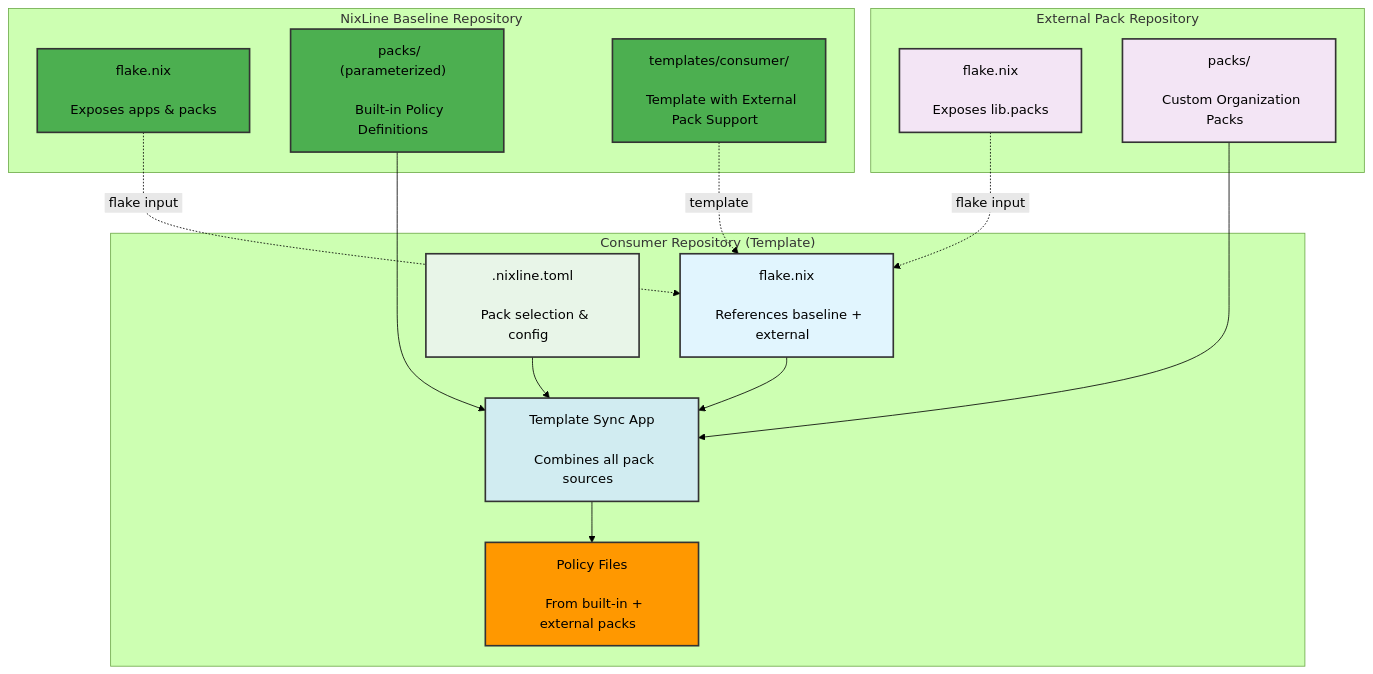
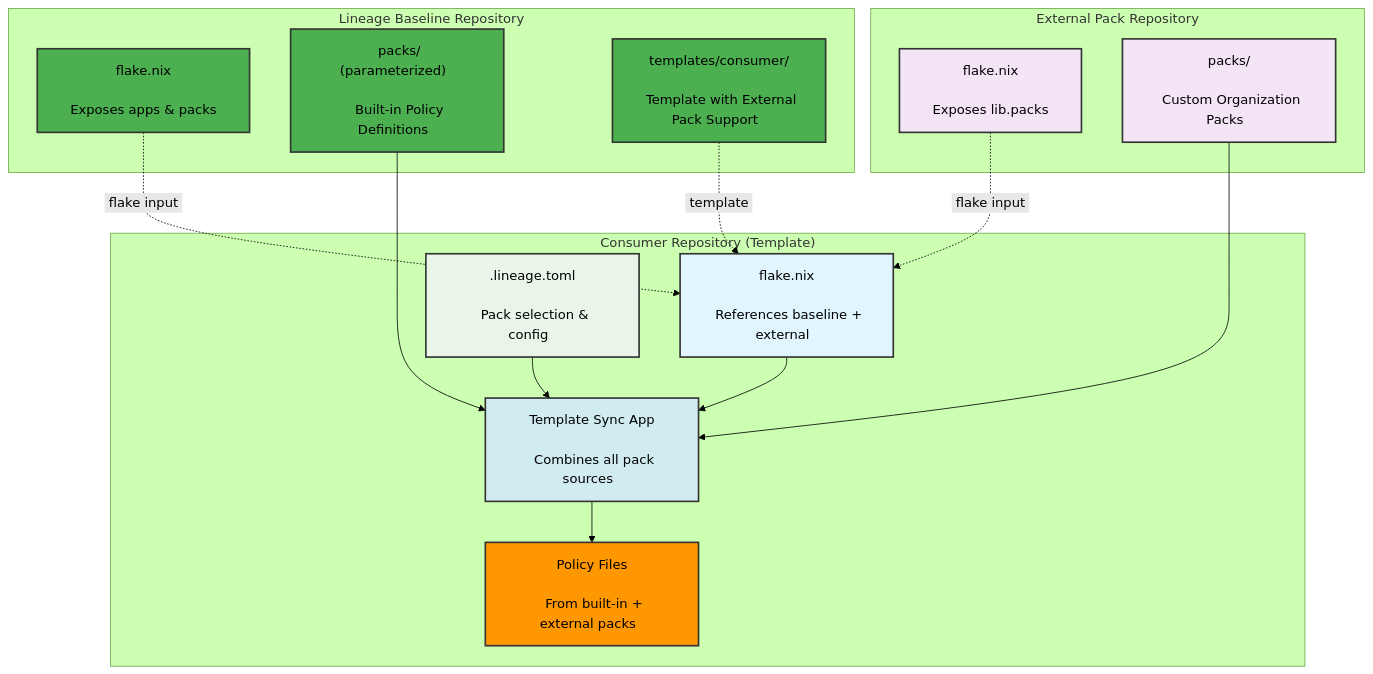
Before and after one commit to NixLine-org/nixline-baseline: the fifth of 11 diagrams in README.md, drawn with Mermaid (forest theme). The commit also changed other lines of this file and 51 other files, not shown here.

First line of the commit message:
Rename NixLine to Lineage

````diff
--- a/README.md
+++ b/README.md
@@ -343,40 +345,40 @@
 ```mermaid
 graph TD
-    subgraph baseline["&nbsp;&nbsp;&nbsp;&nbsp;NixLine Baseline Repository&nbsp;&nbsp;&nbsp;&nbsp;"]
+    subgraph baseline["&nbsp;&nbsp;&nbsp;&nbsp;Lineage Baseline Repository&nbsp;&nbsp;&nbsp;&nbsp;"]
         B1["&nbsp;&nbsp;flake.nix&nbsp;&nbsp;<br/>&nbsp;<br/>&nbsp;&nbsp;Exposes apps & packs&nbsp;&nbsp;"]
         B2["&nbsp;&nbsp;packs/ (parameterized)&nbsp;&nbsp;<br/>&nbsp;<br/>&nbsp;&nbsp;Built-in Policy Definitions&nbsp;&nbsp;"]
         B3["&nbsp;&nbsp;templates/consumer/&nbsp;&nbsp;<br/>&nbsp;<br/>&nbsp;&nbsp;Template with External Pack Support&nbsp;&nbsp;"]
     end
 
     subgraph external["&nbsp;&nbsp;&nbsp;&nbsp;External Pack Repository&nbsp;&nbsp;&nbsp;&nbsp;"]
         E1["&nbsp;&nbsp;flake.nix&nbsp;&nbsp;<br/>&nbsp;<br/>&nbsp;&nbsp;Exposes lib.packs&nbsp;&nbsp;"]
         E2["&nbsp;&nbsp;packs/&nbsp;&nbsp;<br/>&nbsp;<br/>&nbsp;&nbsp;Custom Organization Packs&nbsp;&nbsp;"]
     end
 
     subgraph consumer["&nbsp;&nbsp;&nbsp;&nbsp;Consumer Repository (Template)&nbsp;&nbsp;&nbsp;&nbsp;"]
         C1["&nbsp;&nbsp;flake.nix&nbsp;&nbsp;<br/>&nbsp;<br/>&nbsp;&nbsp;References baseline + external&nbsp;&nbsp;"]
-        C2["&nbsp;&nbsp;.nixline.toml&nbsp;&nbsp;<br/>&nbsp;<br/>&nbsp;&nbsp;Pack selection & config&nbsp;&nbsp;"]
+        C2["&nbsp;&nbsp;.lineage.toml&nbsp;&nbsp;<br/>&nbsp;<br/>&nbsp;&nbsp;Pack selection & config&nbsp;&nbsp;"]
         C3["&nbsp;&nbsp;Policy Files&nbsp;&nbsp;<br/>&nbsp;<br/>&nbsp;&nbsp;From built-in + external packs&nbsp;&nbsp;"]
         C4["&nbsp;&nbsp;Template Sync App&nbsp;&nbsp;<br/>&nbsp;<br/>&nbsp;&nbsp;Combines all pack sources&nbsp;&nbsp;"]
     end
 
     B1 -.->|"&nbsp;flake input&nbsp;"| C1
     E1 -.->|"&nbsp;flake input&nbsp;"| C1
     B3 -.->|"&nbsp;template&nbsp;"| C1
 
     C1 --> C4
     C2 --> C4
     B2 --> C4
     E2 --> C4
     C4 --> C3
 
     style B1 fill:#4CAF50,color:#000000,stroke:#333,stroke-width:2px
     style B2 fill:#4CAF50,color:#000000,stroke:#333,stroke-width:2px
     style B3 fill:#4CAF50,color:#000000,stroke:#333,stroke-width:2px
     style E1 fill:#f3e5f5,color:#000000,stroke:#333,stroke-width:2px
     style E2 fill:#f3e5f5,color:#000000,stroke:#333,stroke-width:2px
     style C1 fill:#e1f5fe,color:#000000,stroke:#333,stroke-width:2px
     style C2 fill:#e8f5e8,color:#000000,stroke:#333,stroke-width:2px
     style C3 fill:#FF9800,color:#000000,stroke:#333,stroke-width:2px
     style C4 fill:#d1ecf1,color:#000000,stroke:#333,stroke-width:2px
 ```
````
